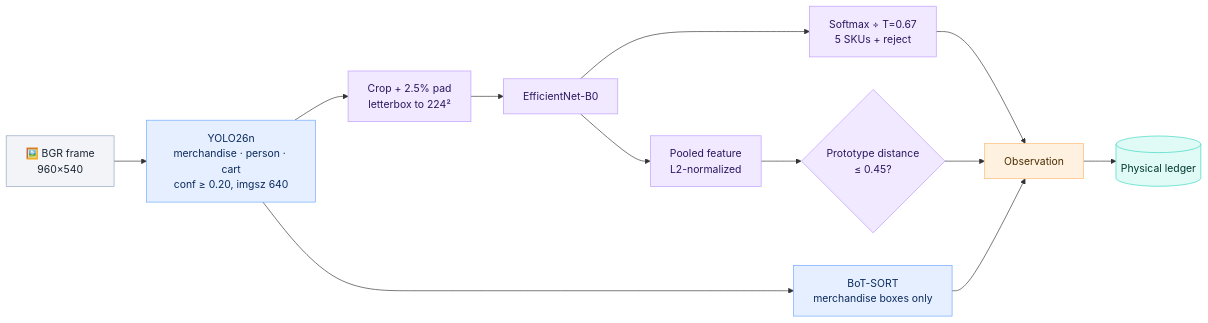
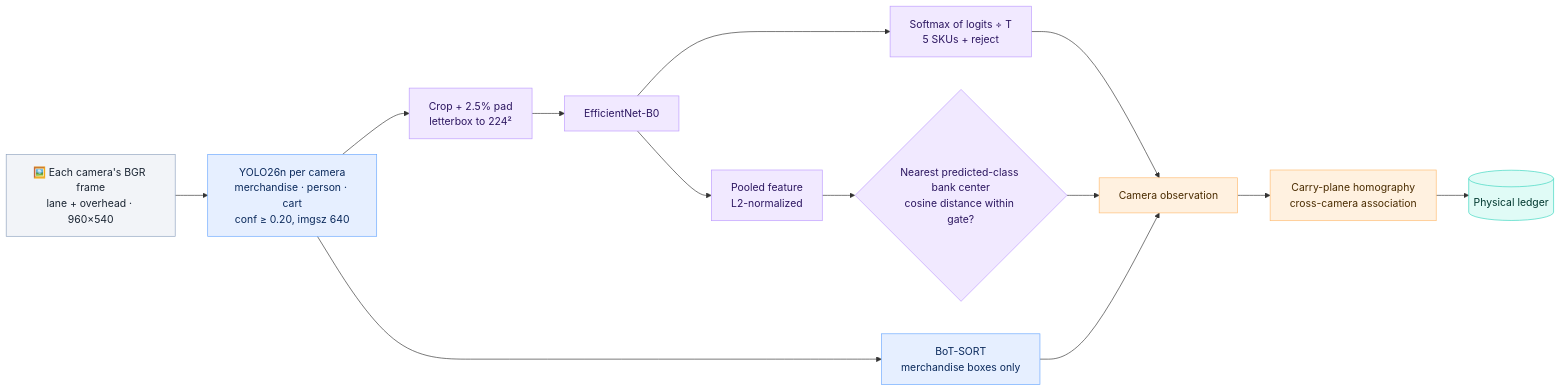
Before and after one commit to dangermos/ProPass: the first of 4 diagrams in docs/vision.md, drawn with Mermaid. The commit also changed other lines of this file and 56 other files, not shown here.

First line of the commit message:
Checkpoint: multi-camera API, fusion tests, coverage map and per-camera specialist checkpoints

````diff
--- a/docs/vision.md
+++ b/docs/vision.md
@@ -10,20 +10,21 @@
 ```mermaid
 flowchart LR
-    I[🖼️ BGR frame<br/>960×540]:::in --> D[YOLO26n<br/>merchandise · person · cart<br/>conf ≥ 0.20, imgsz 640]:::det
+    I[🖼️ Each camera's BGR frame<br/>lane + overhead · 960×540]:::in --> D[YOLO26n per camera<br/>merchandise · person · cart<br/>conf ≥ 0.20, imgsz 640]:::det
     D --> T[BoT-SORT<br/>merchandise boxes only]:::det
     D --> C[Crop + 2.5% pad<br/>letterbox to 224²]:::cls
     C --> E[EfficientNet-B0]:::cls
-    E --> P[Softmax ÷ T=0.67<br/>5 SKUs + reject]:::cls
+    E --> P[Softmax of logits ÷ T<br/>5 SKUs + reject]:::cls
     E --> F[Pooled feature<br/>L2-normalized]:::cls
-    F --> G{Prototype distance<br/>≤ 0.45?}:::cls
-    P --> O[Observation]:::out
+    F --> G{Nearest predicted-class bank center<br/>cosine distance within gate?}:::cls
+    P --> O[Camera observation]:::out
     G --> O
     T --> O
-    O --> L[(Physical ledger)]:::led
+    O --> H[Carry-plane homography<br/>cross-camera association]:::out
+    H --> L[(Physical ledger)]:::led
 
     classDef in fill:#f2f4f8,stroke:#8fa3bf,color:#1b2533
     classDef det fill:#e6efff,stroke:#6aa8ff,color:#0b2a5c
     classDef cls fill:#f1e9ff,stroke:#bd9aff,color:#2c1660
     classDef out fill:#fff1e0,stroke:#ffbb71,color:#4a2c00
     classDef led fill:#e0fbf6,stroke:#38d6bf,color:#00382f
 ```
````
